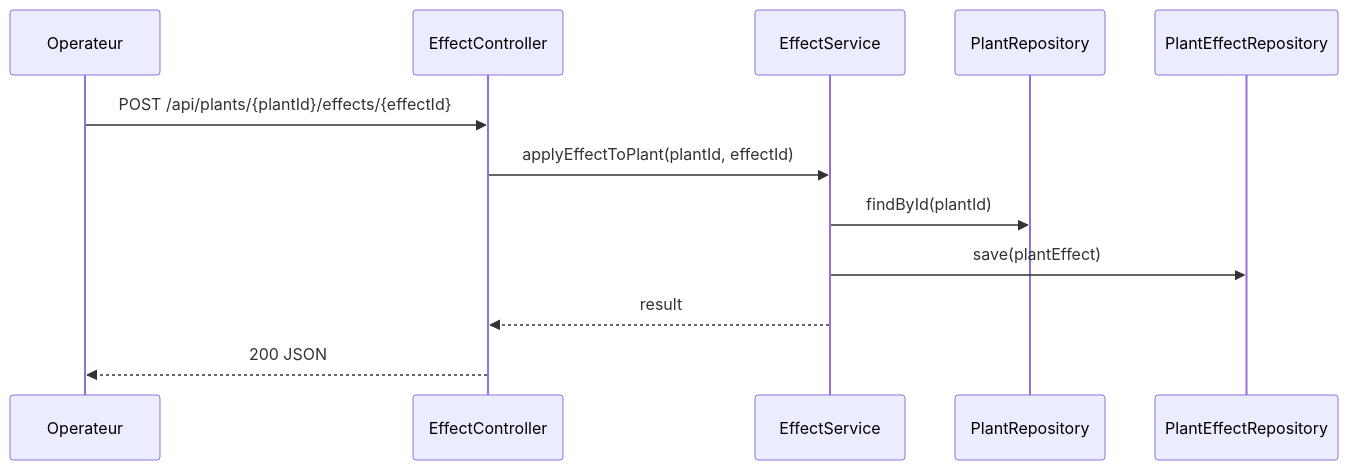
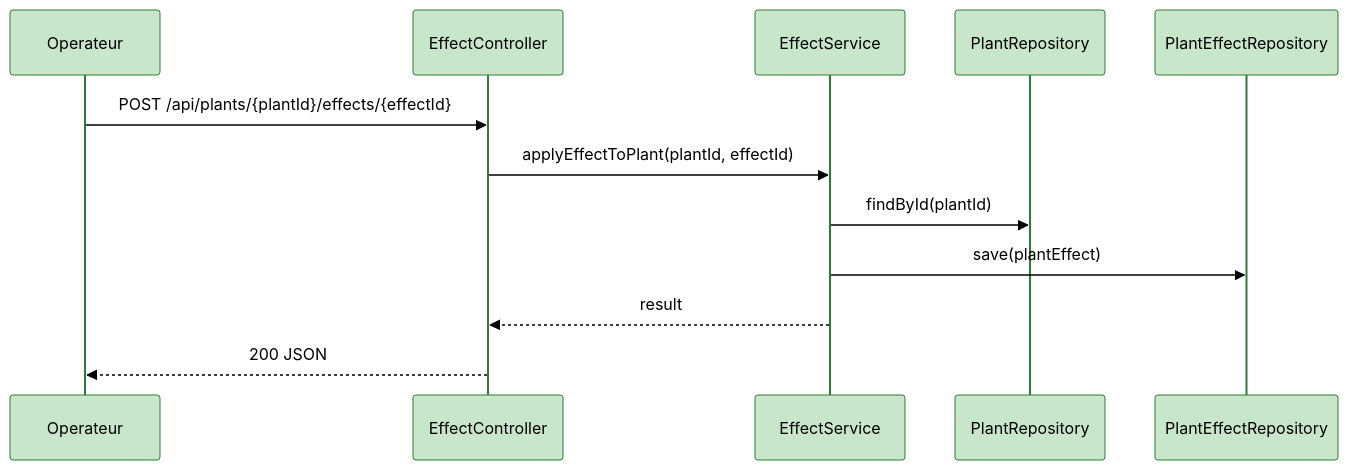
One commit to fasai444/GreenDesk changed the fourth of 10 diagrams in docs/index.md. Above: the diagram before and after it, drawn with Mermaid. The commit also changed other lines of this file and 6 other files, not shown here.

````diff
--- a/docs/index.md
+++ b/docs/index.md
@@ -348,15 +400,16 @@
 ```mermaid
+%%{init: {'theme':'base', 'themeVariables': { 'primaryColor':'#c8e6c9','primaryTextColor':'#000','primaryBorderColor':'#2e7d32','lineColor':'#2e7d32','secondaryColor':'#f3e5f5','tertiaryColor':'#ffccbc','noteBkgColor':'#fff3cd','noteTextColor':'#000'}}}%%
 sequenceDiagram
-	participant user as Operateur
-	participant controller as EffectController
-	participant service as EffectService
-	participant plantRepo as PlantRepository
-	participant effectRepo as PlantEffectRepository
+    participant user as Operateur
+    participant controller as EffectController
+    participant service as EffectService
+    participant plantRepo as PlantRepository
+    participant effectRepo as PlantEffectRepository
 
-	user->>controller: POST /api/plants/{plantId}/effects/{effectId}
-	controller->>service: applyEffectToPlant(plantId, effectId)
-	service->>plantRepo: findById(plantId)
-	service->>effectRepo: save(plantEffect)
-	service-->>controller: result
-	controller-->>user: 200 JSON
+    user->>controller: POST /api/plants/{plantId}/effects/{effectId}
+    controller->>service: applyEffectToPlant(plantId, effectId)
+    service->>plantRepo: findById(plantId)
+    service->>effectRepo: save(plantEffect)
+    service-->>controller: result
+    controller-->>user: 200 JSON
 ```
````
